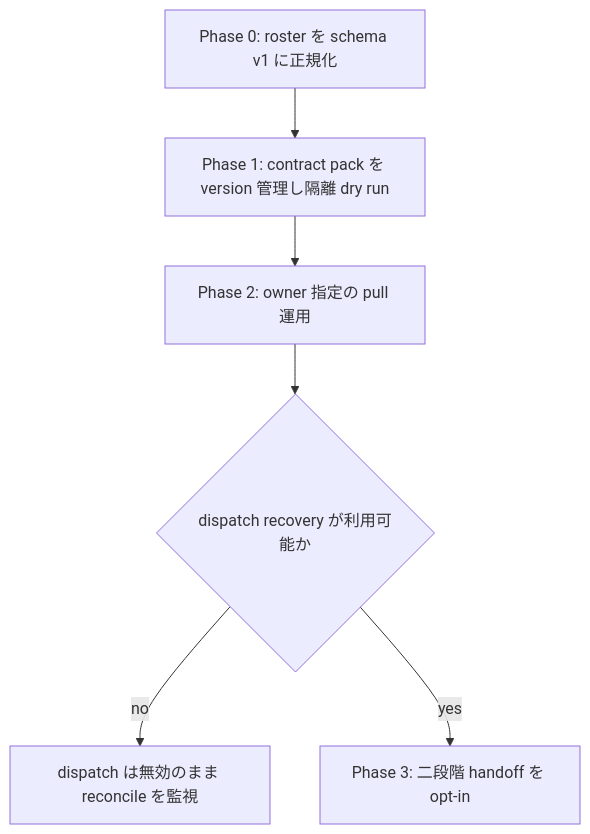
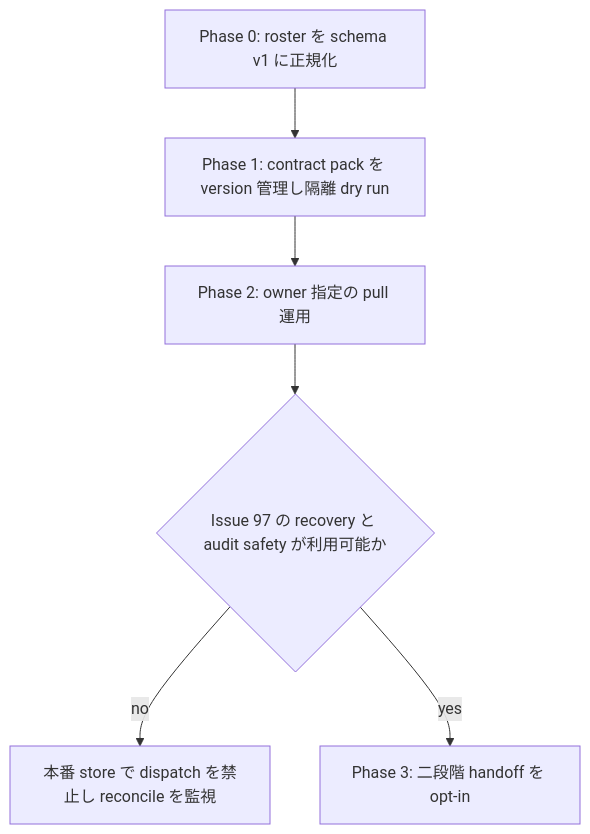
One commit to kappaseijin/agmsg changed the first of 3 diagrams in docs/decisions/2026-08-20T170319_issue-92-team-work-rollout.md. Above: the diagram before and after it, drawn with Mermaid. The commit also changed other lines of this file and 1 other file, not shown here.

Commit message:
docs: contain expired dispatch risk

````diff
--- a/docs/decisions/2026-08-20T170319_issue-92-team-work-rollout.md
+++ b/docs/decisions/2026-08-20T170319_issue-92-team-work-rollout.md
@@ -62,8 +65,8 @@
 ```mermaid
 flowchart TD
   P0[Phase 0: roster を schema v1 に正規化] --> P1[Phase 1: contract pack を version 管理し隔離 dry run]
   P1 --> P2[Phase 2: owner 指定の pull 運用]
-  P2 --> G{dispatch recovery が利用可能か}
-  G -->|no| R[dispatch は無効のまま reconcile を監視]
+  P2 --> G{Issue 97 の recovery と audit safety が利用可能か}
+  G -->|no| R[本番 store で dispatch を禁止し reconcile を監視]
   G -->|yes| P3[Phase 3: 二段階 handoff を opt-in]
 ```
````
